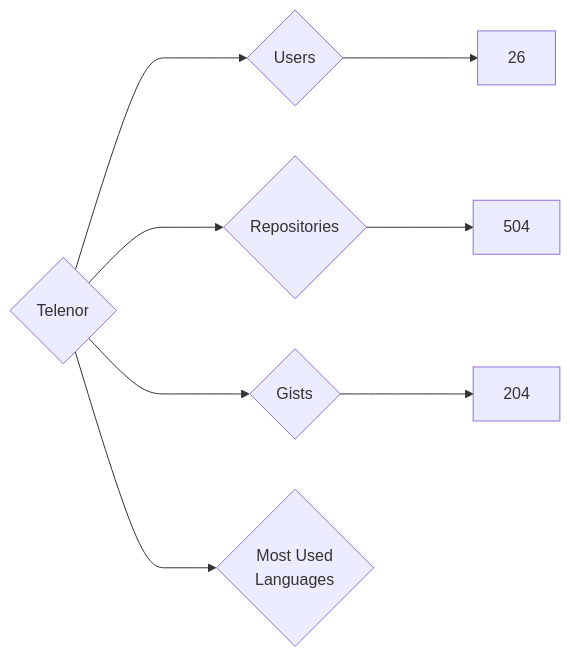
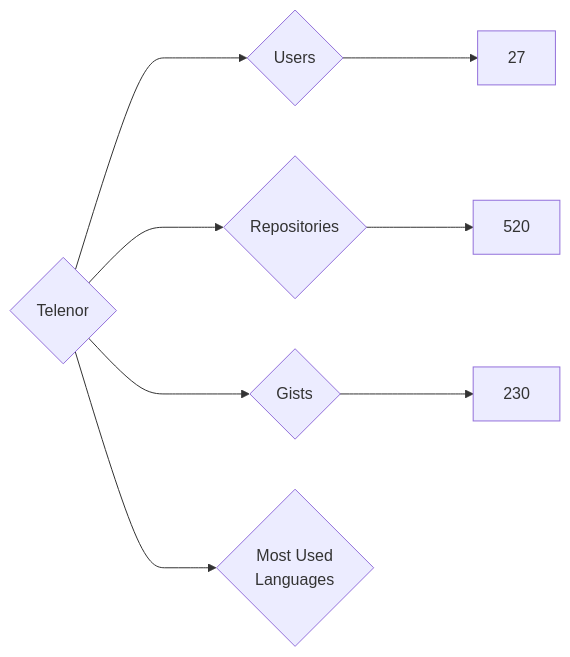
One commit to nenadzaric/insiders changed the diagram in targets/Telenor/README.md. Above: the diagram before and after it, drawn with Mermaid. The commit also changed 1342 other files, not shown here.

````diff
--- a/targets/Telenor/README.md
+++ b/targets/Telenor/README.md
@@ -3,8 +3,8 @@
 ```mermaid
 graph LR
 COMPANY_NAME{Telenor}
-COMPANY_NAME ---> U{Users} ---> UN[26]
-COMPANY_NAME ---> R{Repositories} ---> RN[504]
-COMPANY_NAME ---> G{Gists} ---> GN[204]
+COMPANY_NAME ---> U{Users} ---> UN[27]
+COMPANY_NAME ---> R{Repositories} ---> RN[520]
+COMPANY_NAME ---> G{Gists} ---> GN[230]
 COMPANY_NAME ---> ML{Most Used<br>Languages}
 ```
````
